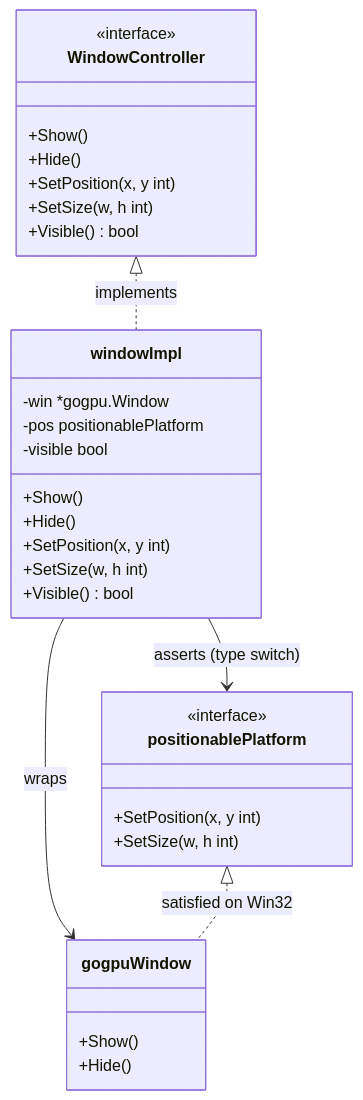
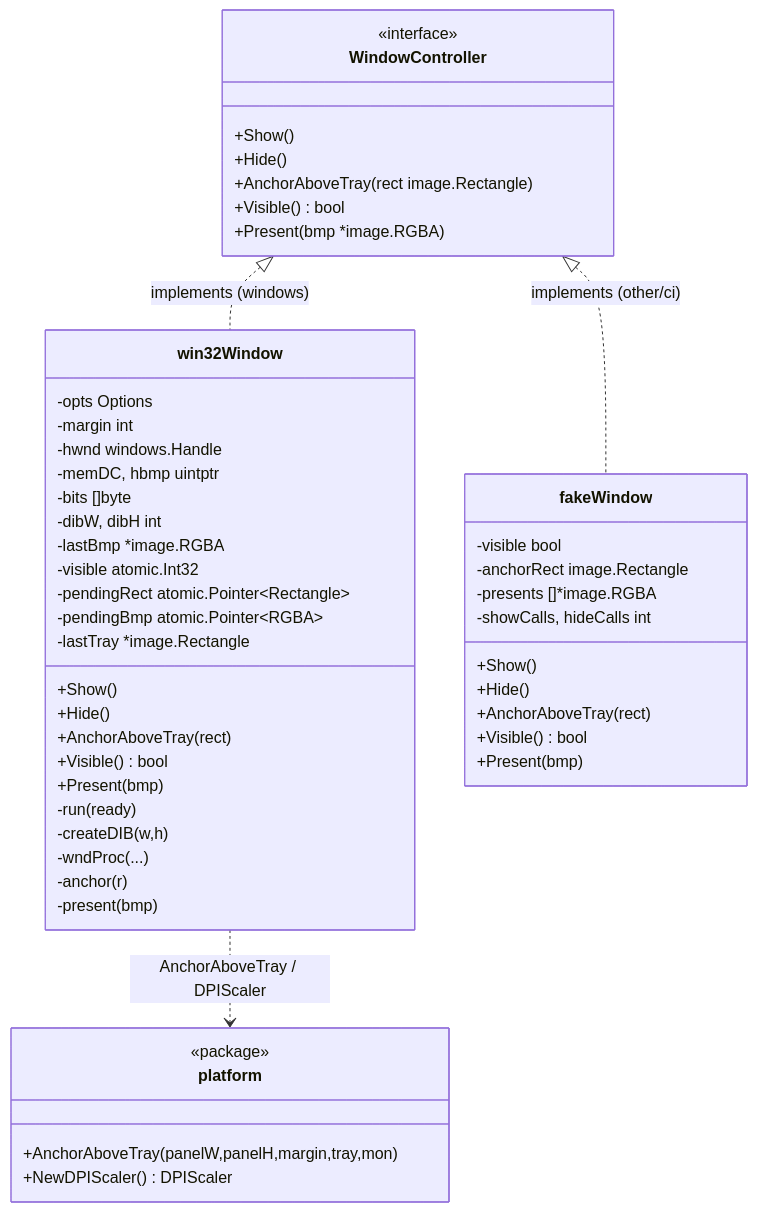
The first of 4 diagrams in docs/10-Shell/Window.md (shaolei/DeskCalendar), drawn with Mermaid before and after one commit. The commit also changed other lines of this file and 5 other files, not shown here.

First line of the commit message:
feat(platform/win32): Phase3 slice #9 - self-owned win32 normal popup

````diff
--- a/docs/10-Shell/Window.md
+++ b/docs/10-Shell/Window.md
@@ -25,35 +31,54 @@
 ```mermaid
 classDiagram
     class WindowController {
         <<interface>>
         +Show()
         +Hide()
-        +SetPosition(x, y int)
-        +SetSize(w, h int)
+        +AnchorAboveTray(rect image.Rectangle)
         +Visible() bool
+        +Present(bmp *image.RGBA)
     }
-    class windowImpl {
-        -win *gogpu.Window
-        -pos positionablePlatform
-        -visible bool
+    class win32Window {
+        -opts Options
+        -margin int
+        -hwnd windows.Handle
+        -memDC, hbmp uintptr
+        -bits []byte
+        -dibW, dibH int
+        -lastBmp *image.RGBA
+        -visible atomic.Int32
+        -pendingRect atomic.Pointer~Rectangle~
+        -pendingBmp atomic.Pointer~RGBA~
+        -lastTray *image.Rectangle
         +Show()
         +Hide()
-        +SetPosition(x, y int)
-        +SetSize(w, h int)
+        +AnchorAboveTray(rect)
         +Visible() bool
+        +Present(bmp)
+        -run(ready)
+        -createDIB(w,h)
+        -wndProc(...)
+        -anchor(r)
+        -present(bmp)
     }
-    class positionablePlatform {
-        <<interface>>
-        +SetPosition(x, y int)
-        +SetSize(w, h int)
-    }
-    class gogpuWindow {
+    class fakeWindow {
+        -visible bool
+        -anchorRect image.Rectangle
+        -presents []*image.RGBA
+        -showCalls, hideCalls int
         +Show()
         +Hide()
+        +AnchorAboveTray(rect)
+        +Visible() bool
+        +Present(bmp)
+    }
+    class platform {
+        <<package>>
+        +AnchorAboveTray(panelW,panelH,margin,tray,mon)
+        +NewDPIScaler() DPIScaler
     }
 
-    WindowController <|.. windowImpl : implements
-    windowImpl --> gogpuWindow : wraps
-    windowImpl --> positionablePlatform : asserts (type switch)
-    positionablePlatform <|.. gogpuWindow : satisfied on Win32
+    WindowController <|.. win32Window : implements (windows)
+    WindowController <|.. fakeWindow : implements (other/ci)
+    win32Window ..> platform : AnchorAboveTray / DPIScaler
 ```
````
